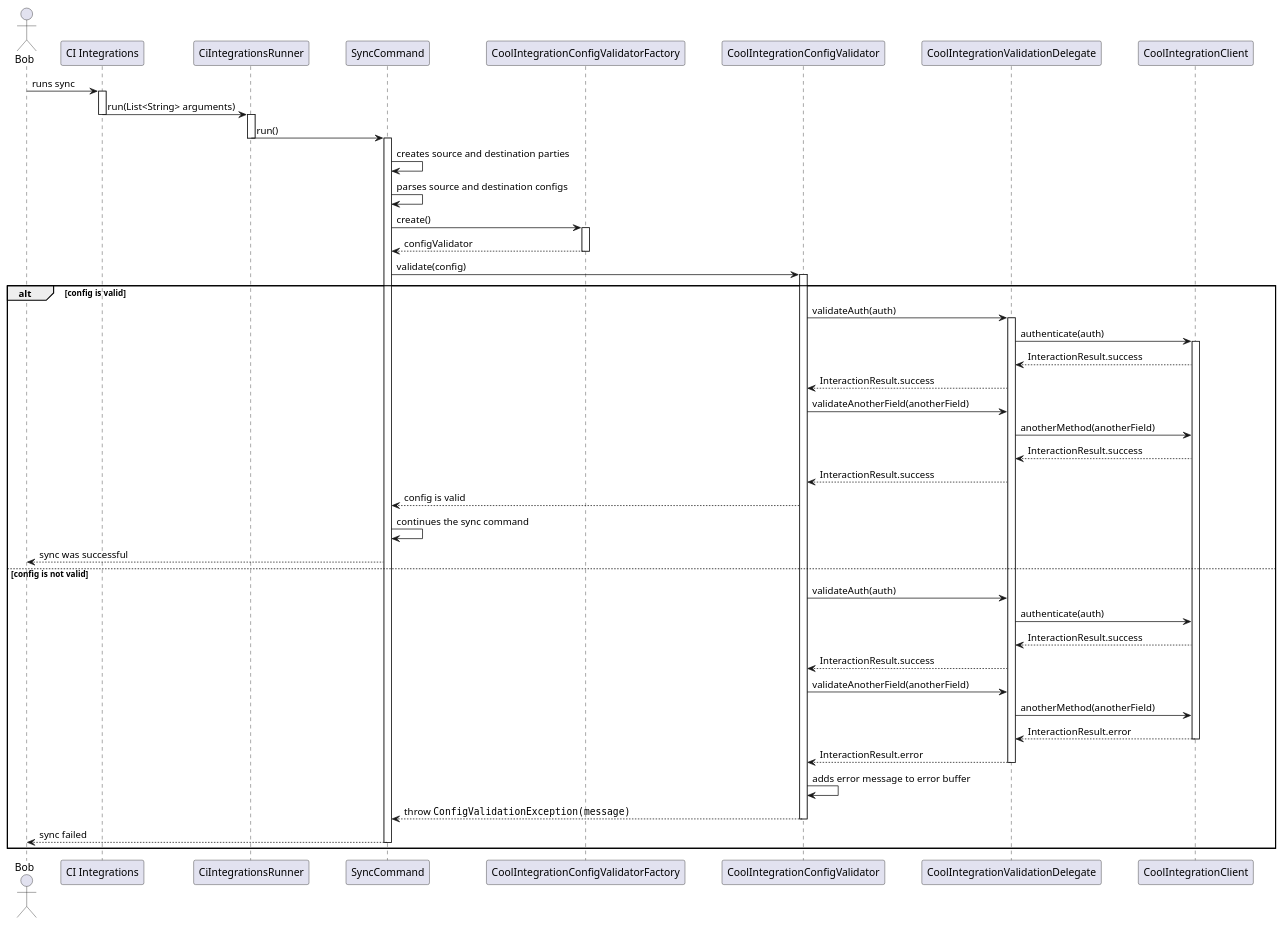
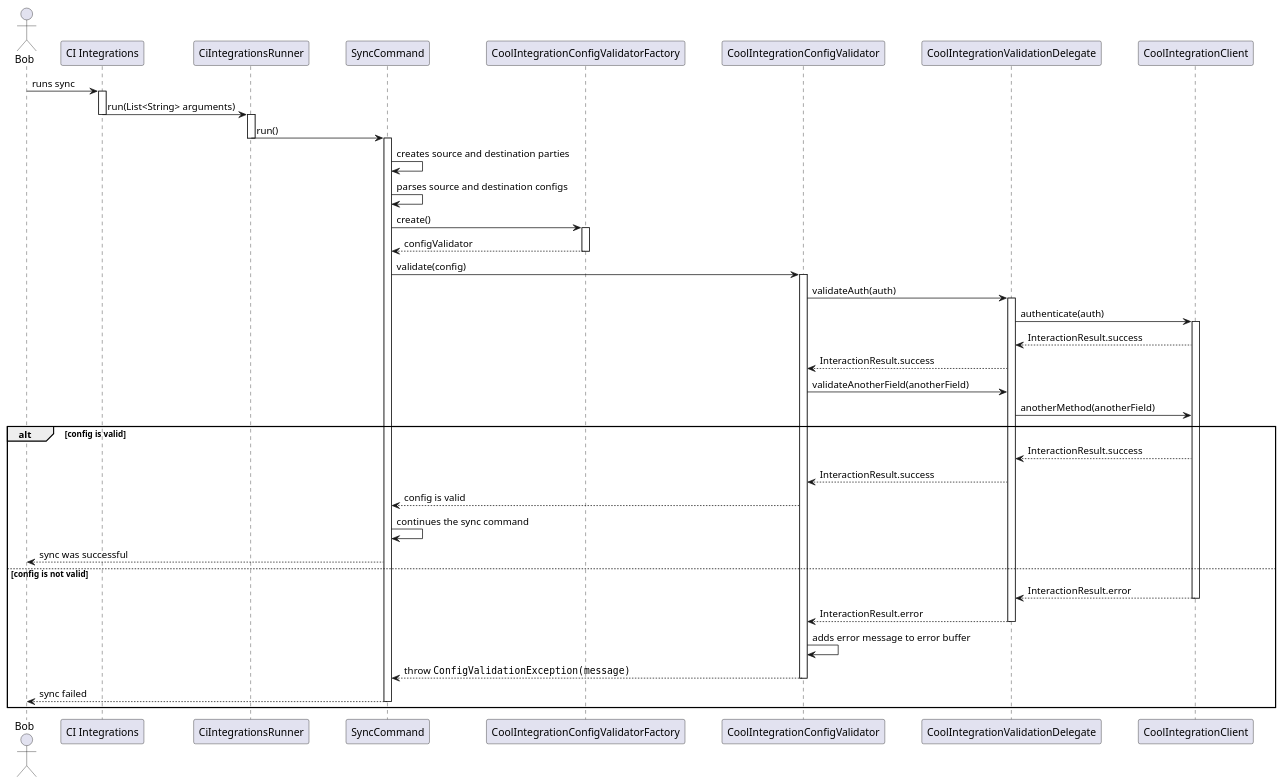
Before and after one commit to Flank/flank-dashboard: the diagram in metrics/ci_integrations/docs/diagrams/ci_integrations_config_validator_sequence_diagram.puml, drawn with PlantUML. The commit also changed 2 other files, not shown here.

```diff
--- a/metrics/ci_integrations/docs/diagrams/ci_integrations_config_validator_sequence_diagram.puml
+++ b/metrics/ci_integrations/docs/diagrams/ci_integrations_config_validator_sequence_diagram.puml
@@ -1,91 +1,78 @@
 @startuml ci_integrations_config_validator_sequence_diagram
 
 skinparam ParticipantPadding 20
 skinparam BoxPadding 10
 
 actor Bob
 
 participant "CI Integrations"
 participant CiIntegrationsRunner
 participant SyncCommand
 participant CoolIntegrationConfigValidatorFactory
 participant CoolIntegrationConfigValidator
 participant CoolIntegrationValidationDelegate
 participant CoolIntegrationClient
 
 Bob -> "CI Integrations" : runs sync
 activate "CI Integrations"
 
 "CI Integrations" -> CiIntegrationsRunner: run(List<String> arguments)
 deactivate "CI Integrations"
 activate CiIntegrationsRunner
 
 CiIntegrationsRunner -> SyncCommand: run()
 deactivate CiIntegrationsRunner
 activate SyncCommand
 
 SyncCommand -> SyncCommand : creates source and destination parties
 SyncCommand -> SyncCommand : parses source and destination configs
 
 SyncCommand -> CoolIntegrationConfigValidatorFactory : create()
 activate CoolIntegrationConfigValidatorFactory
 
 CoolIntegrationConfigValidatorFactory --> SyncCommand : configValidator
 deactivate CoolIntegrationConfigValidatorFactory
 
 SyncCommand -> CoolIntegrationConfigValidator : validate(config)
 activate CoolIntegrationConfigValidator
 
+CoolIntegrationConfigValidator -> CoolIntegrationValidationDelegate : validateAuth(auth)
+activate CoolIntegrationValidationDelegate
+
+CoolIntegrationValidationDelegate -> CoolIntegrationClient : authenticate(auth)
+activate  CoolIntegrationClient
+
+CoolIntegrationClient --> CoolIntegrationValidationDelegate : InteractionResult.success
+CoolIntegrationValidationDelegate --> CoolIntegrationConfigValidator : InteractionResult.success
+
+CoolIntegrationConfigValidator -> CoolIntegrationValidationDelegate : validateAnotherField(anotherField)
+CoolIntegrationValidationDelegate -> CoolIntegrationClient : anotherMethod(anotherField)
+
 alt config is valid
 
-    CoolIntegrationConfigValidator -> CoolIntegrationValidationDelegate : validateAuth(auth)
-    activate CoolIntegrationValidationDelegate
-
-    CoolIntegrationValidationDelegate -> CoolIntegrationClient : authenticate(auth)
-    activate  CoolIntegrationClient
-    CoolIntegrationClient --> CoolIntegrationValidationDelegate : InteractionResult.success
-    CoolIntegrationValidationDelegate --> CoolIntegrationConfigValidator : InteractionResult.success
-
-    CoolIntegrationConfigValidator -> CoolIntegrationValidationDelegate : validateAnotherField(anotherField)
-    CoolIntegrationValidationDelegate -> CoolIntegrationClient : anotherMethod(anotherField)
     CoolIntegrationClient --> CoolIntegrationValidationDelegate : InteractionResult.success
     CoolIntegrationValidationDelegate --> CoolIntegrationConfigValidator : InteractionResult.success
 
     CoolIntegrationConfigValidator --> SyncCommand : config is valid
     SyncCommand -> SyncCommand : continues the sync command
     SyncCommand --> Bob : sync was successful
 
 else config is not valid
 
-    CoolIntegrationConfigValidator -> CoolIntegrationValidationDelegate : validateAuth(auth)
-
-    CoolIntegrationValidationDelegate -> CoolIntegrationClient : authenticate(auth)
-    CoolIntegrationClient --> CoolIntegrationValidationDelegate : InteractionResult.success
-    CoolIntegrationValidationDelegate --> CoolIntegrationConfigValidator : InteractionResult.success
-
-    CoolIntegrationConfigValidator -> CoolIntegrationValidationDelegate : validateAnotherField(anotherField)
-    CoolIntegrationValidationDelegate -> CoolIntegrationClient : anotherMethod(anotherField)
     CoolIntegrationClient --> CoolIntegrationValidationDelegate : InteractionResult.error
     deactivate CoolIntegrationClient
-
 
     CoolIntegrationValidationDelegate --> CoolIntegrationConfigValidator : InteractionResult.error
     deactivate CoolIntegrationValidationDelegate
 
     CoolIntegrationConfigValidator -> CoolIntegrationConfigValidator : adds error message to error buffer
 
     CoolIntegrationConfigValidator --> SyncCommand : throw ""ConfigValidationException(message)""
     deactivate CoolIntegrationConfigValidator
 
     SyncCommand --> Bob : sync failed
     deactivate SyncCommand
 
 end
 
-deactivate CoolIntegrationValidationDelegate
-deactivate CoolIntegrationConfigValidator
-
-deactivate "CI Integrations"
-deactivate SyncCommand
-
 @enduml
```
